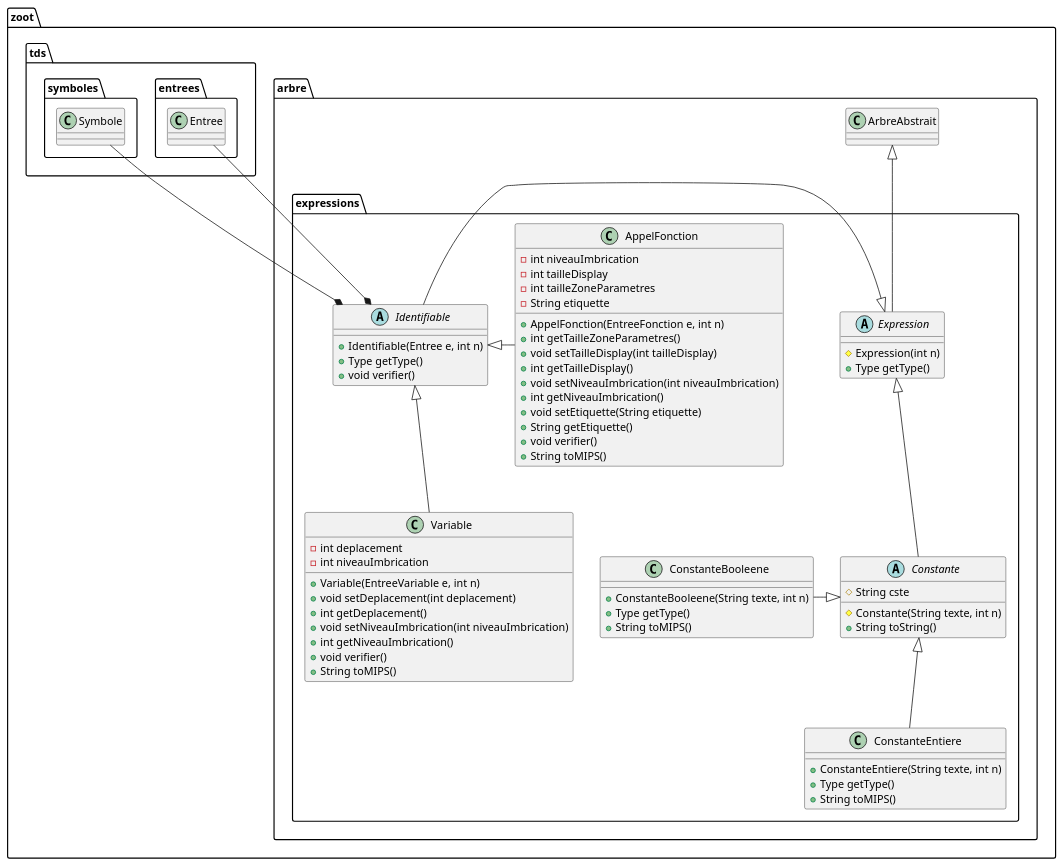
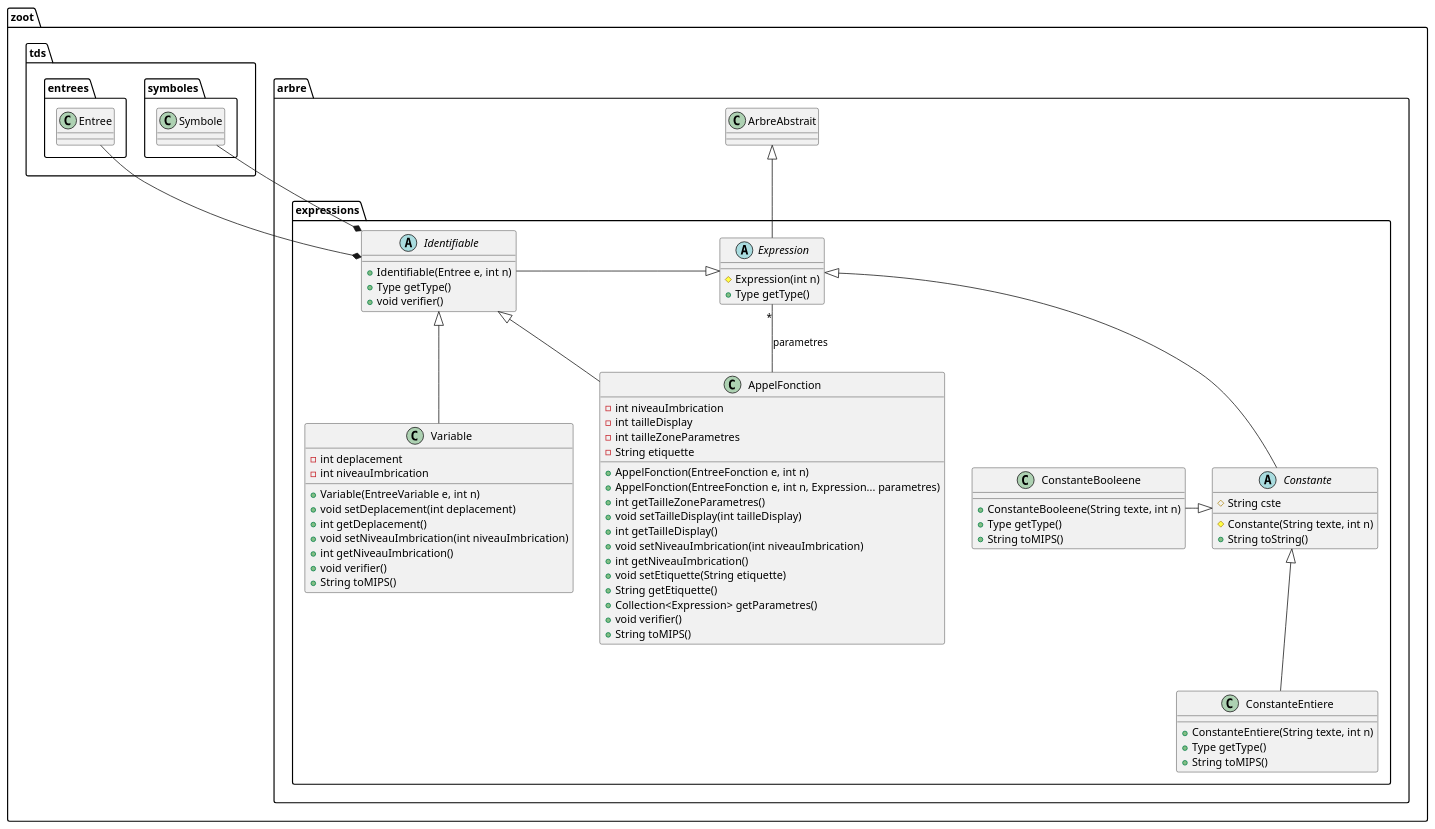
One commit to lmtb06/zoot changed the diagram in diagrammes/classe/expressions.puml. Above: the diagram before and after it, drawn with PlantUML. The commit also changed 1 other file, not shown here.

Commit message:
Mise à jour du diagramme de classes pour zoot3
# Détails:
 - Les AppelFonction conservent désormais la liste des paramètres
 - Les symboles utilisent des setter plutôt que l'injection de dépendances pour leur espace de nom (pour faciliter la génération de code)
 - Ajout des fonctions pour la gestion des parametres au niveau de la TDS, de EspaceDeNom et des EtatAnalyse

```diff
--- a/diagrammes/classe/expressions.puml
+++ b/diagrammes/classe/expressions.puml
@@ -1,74 +1,77 @@
 @startuml "Package expressions"
 namespace zoot.arbre.expressions {
     ' Includes
     ' Classes
     abstract class Expression {
         # Expression(int n)
         + Type getType()
     }
 
     abstract class Constante {
         # String cste
         # Constante(String texte, int n)
         + String toString()
     }
 
     class ConstanteEntiere {
         + ConstanteEntiere(String texte, int n)
         + Type getType()
         + String toMIPS()
     }
 
     class ConstanteBooleene {
         + ConstanteBooleene(String texte, int n)
         + Type getType()
         + String toMIPS()
 
     }
 
     abstract class Identifiable {
         + Identifiable(Entree e, int n)
         + Type getType()
         + void verifier()
     }
 
     class Variable {
         - int deplacement
         - int niveauImbrication
         + Variable(EntreeVariable e, int n)
         + void setDeplacement(int deplacement)
         + int getDeplacement()
         + void setNiveauImbrication(int niveauImbrication)
         + int getNiveauImbrication()
         + void verifier()
         + String toMIPS()
     }
 
     class AppelFonction {
         - int niveauImbrication
         - int tailleDisplay
         - int tailleZoneParametres
         - String etiquette
         + AppelFonction(EntreeFonction e, int n)
+        + AppelFonction(EntreeFonction e, int n, Expression... parametres)
         + int getTailleZoneParametres()
         + void setTailleDisplay(int tailleDisplay)
         + int getTailleDisplay()
         + void setNiveauImbrication(int niveauImbrication)
         + int getNiveauImbrication()
         + void setEtiquette(String etiquette)
         + String getEtiquette()
+        + Collection<Expression> getParametres()
         + void verifier()
         + String toMIPS()
     }
     ' Relations entre les classes
     Expression -up-|> zoot.arbre.ArbreAbstrait
     Constante -up-|> Expression
     ConstanteEntiere -up-|> Constante
     ConstanteBooleene -right-|> Constante
     Identifiable *-up- zoot.tds.entrees.Entree
     Identifiable *-up- zoot.tds.symboles.Symbole
     Identifiable -left-|> Expression
     Variable -up-|> Identifiable
     AppelFonction -left-|> Identifiable
+    AppelFonction --"*" Expression : parametres
 }
 @enduml
```
